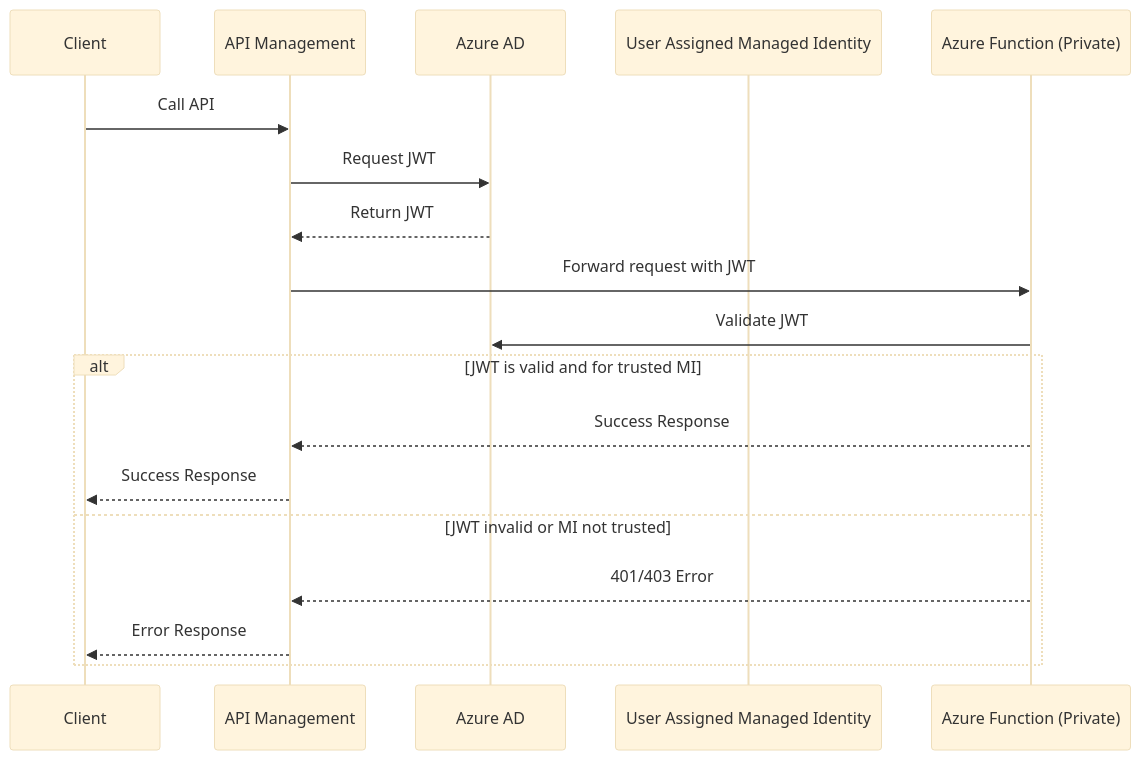
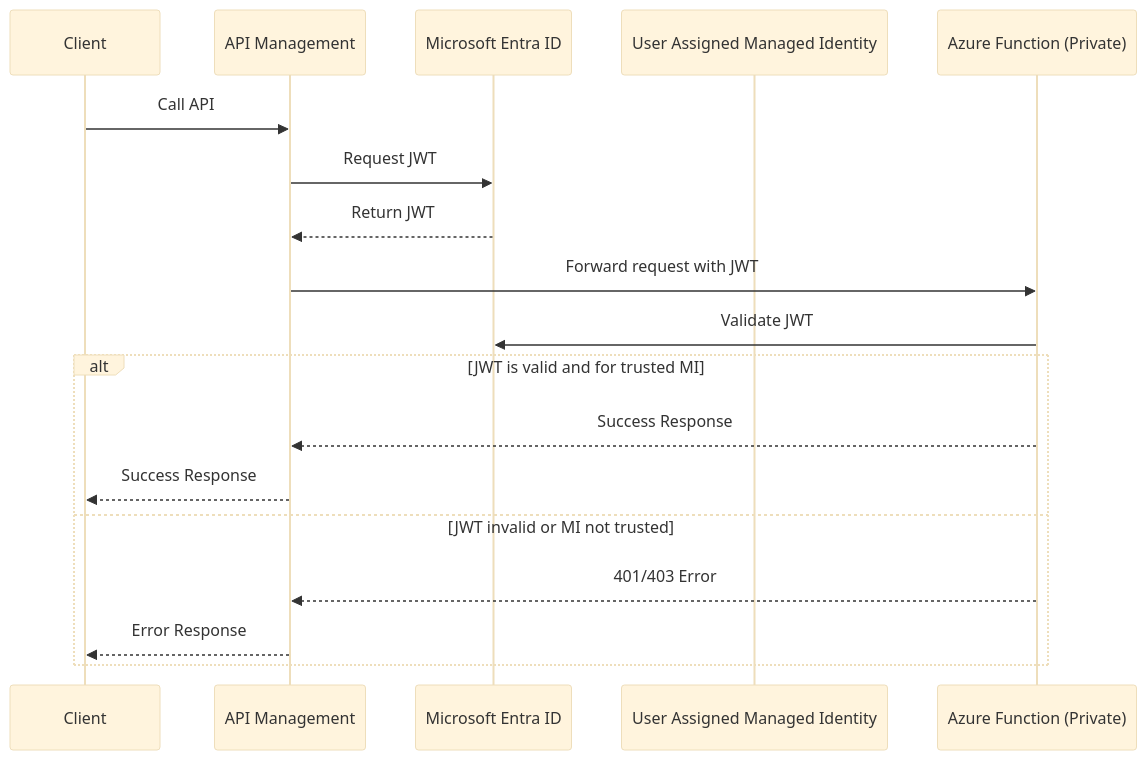
One commit to rukasakurai/apim-managed-identity-functions-containerapps changed the first of 2 diagrams in troubleshooting.md. Above: the diagram before and after it, drawn with Mermaid (base theme). The commit also changed other lines of this file and 1 other file, not shown here.

Commit message:
Update README and troubleshooting documentation to replace "Azure AD" with "Microsoft Entra ID" for consistency

````diff
--- a/troubleshooting.md
+++ b/troubleshooting.md
@@ -7,21 +7,21 @@
 ```mermaid
 sequenceDiagram
     participant Client
     participant APIM as API Management
-    participant AAD as Azure AD
+    participant Entra as Microsoft Entra ID
     participant MI as User Assigned Managed Identity
     participant Function as Azure Function (Private)
 
     Client->>APIM: Call API
-    APIM->>AAD: Request JWT
-    AAD-->>APIM: Return JWT
+    APIM->>Entra: Request JWT
+    Entra-->>APIM: Return JWT
     APIM->>Function: Forward request with JWT
-    Function->>AAD: Validate JWT
+    Function->>Entra: Validate JWT
     alt JWT is valid and for trusted MI
         Function-->>APIM: Success Response
         APIM-->>Client: Success Response
     else JWT invalid or MI not trusted
         Function-->>APIM: 401/403 Error
         APIM-->>Client: Error Response
     end
 ```
````
